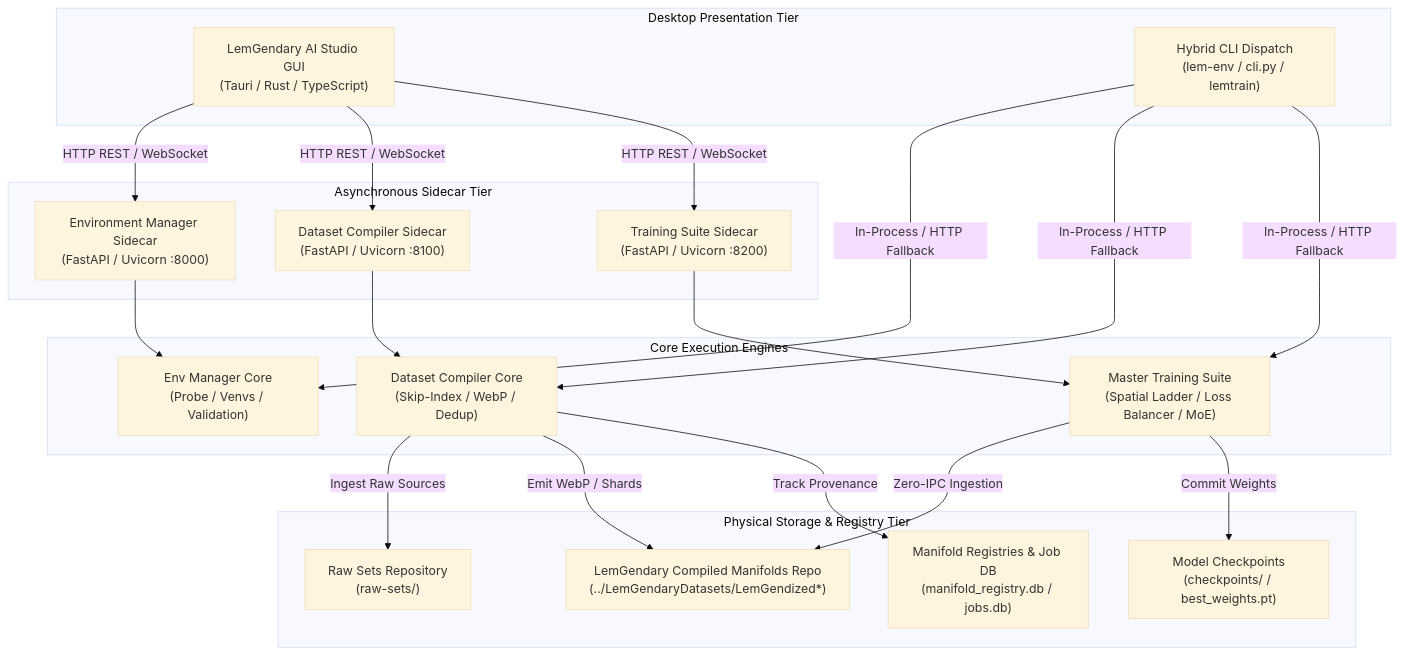
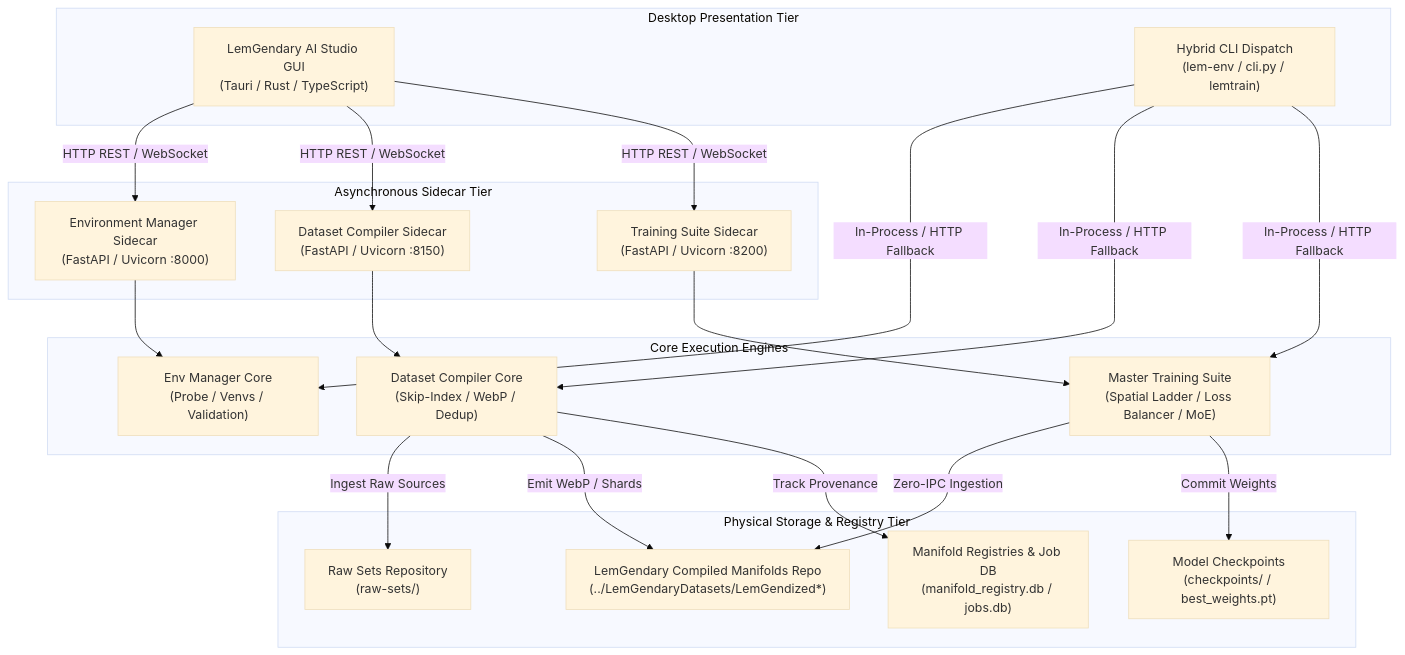
Before and after one commit to lemgenda/ai-training-whitepapers: the diagram in MD-Papers/ECOSYSTEM_ARCHITECTURE.md, drawn with Mermaid (base theme). The commit also changed other lines of this file and 75 other files, not shown here.

````diff
--- a/MD-Papers/ECOSYSTEM_ARCHITECTURE.md
+++ b/MD-Papers/ECOSYSTEM_ARCHITECTURE.md
@@ -58,44 +58,44 @@
 ```mermaid
 graph TD
     subgraph UI ["Desktop Presentation Tier"]
         GUI["LemGendary AI Studio GUI<br/>(Tauri / Rust / TypeScript)"]
         CLI["Hybrid CLI Dispatch<br/>(lem-env / cli.py / lemtrain)"]
     end
 
     subgraph Sidecars ["Asynchronous Sidecar Tier"]
         ENV_API["Environment Manager Sidecar<br/>(FastAPI / Uvicorn :8000)"]
-        COMP_API["Dataset Compiler Sidecar<br/>(FastAPI / Uvicorn :8100)"]
+        COMP_API["Dataset Compiler Sidecar<br/>(FastAPI / Uvicorn :8150)"]
         TRAIN_API["Training Suite Sidecar<br/>(FastAPI / Uvicorn :8200)"]
     end
 
     subgraph Engines ["Core Execution Engines"]
         ENV_ENG["Env Manager Core<br/>(Probe / Venvs / Validation)"]
         COMP_ENG["Dataset Compiler Core<br/>(Skip-Index / WebP / Dedup)"]
         TRAIN_ENG["Master Training Suite<br/>(Spatial Ladder / Loss Balancer / MoE)"]
     end
 
     subgraph Storage ["Physical Storage & Registry Tier"]
         RAW["Raw Sets Repository<br/>(raw-sets/)"]
         MANIFOLDS["LemGendary Compiled Manifolds Repo<br/>(../LemGendaryDatasets/LemGendized*)"]
         DB["Manifold Registries & Job DB<br/>(manifold_registry.db / jobs.db)"]
         WEIGHTS["Model Checkpoints<br/>(checkpoints/ / best_weights.pt)"]
     end
 
     GUI -->|HTTP REST / WebSocket| ENV_API
     GUI -->|HTTP REST / WebSocket| COMP_API
     GUI -->|HTTP REST / WebSocket| TRAIN_API
     CLI -->|In-Process / HTTP Fallback| ENV_ENG
     CLI -->|In-Process / HTTP Fallback| COMP_ENG
     CLI -->|In-Process / HTTP Fallback| TRAIN_ENG
 
     ENV_API --> ENV_ENG
     COMP_API --> COMP_ENG
     TRAIN_API --> TRAIN_ENG
 
     COMP_ENG -->|Ingest Raw Sources| RAW
     COMP_ENG -->|Emit WebP / Shards| MANIFOLDS
     COMP_ENG -->|Track Provenance| DB
 
     TRAIN_ENG -->|Zero-IPC Ingestion| MANIFOLDS
     TRAIN_ENG -->|Commit Weights| WEIGHTS
 ```
````
